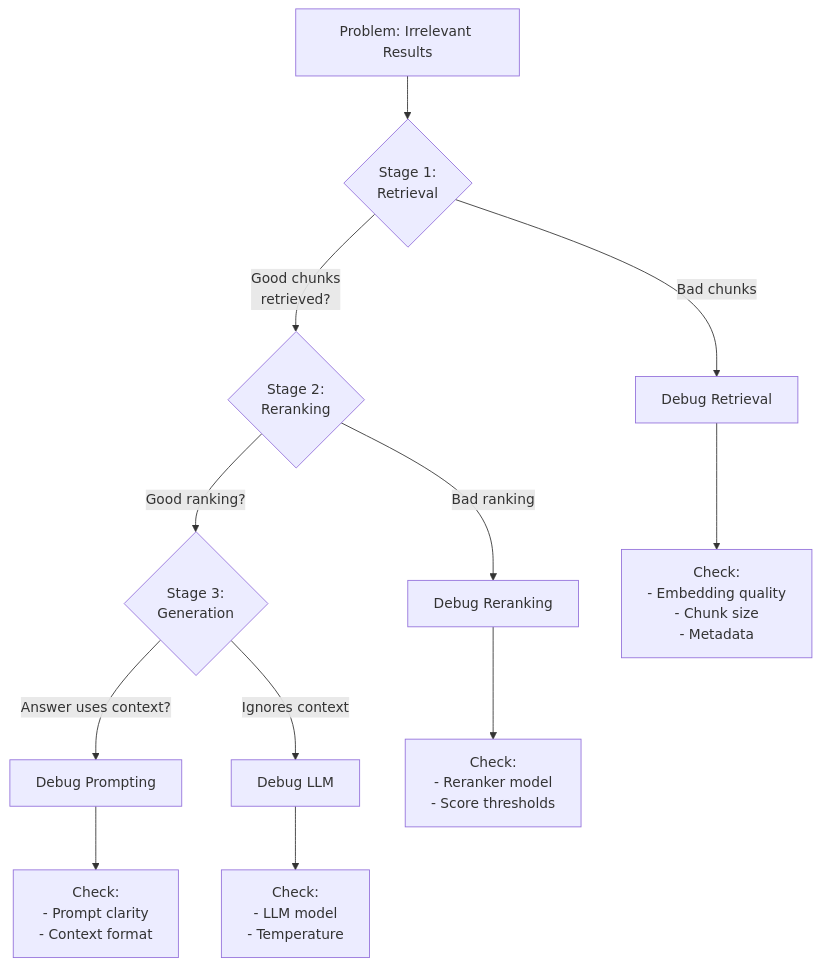
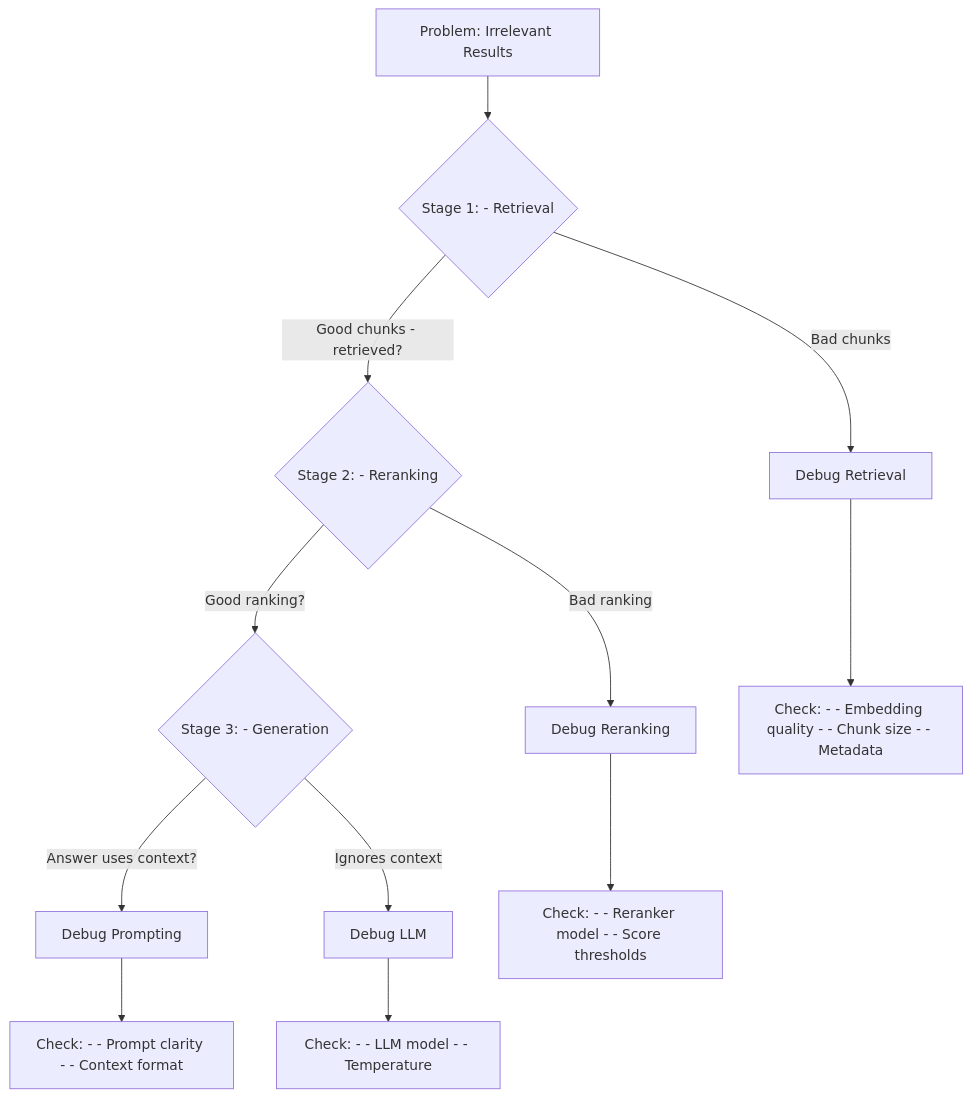
Before and after one commit to indhra/llm_rag_sec_findings: the third of 3 diagrams in docs/learning/10-interview-prep.md, drawn with Mermaid. The commit also changed other lines of this file and 9 other files, not shown here.

````diff
--- a/docs/learning/10-interview-prep.md
+++ b/docs/learning/10-interview-prep.md
@@ -512,18 +512,18 @@
 ```mermaid
 graph TD
-    P[Problem: Irrelevant Results] --> S1{Stage 1:<br/>Retrieval}
+    P[Problem: Irrelevant Results] --> S1{Stage 1: - Retrieval}
     
-    S1 -->|Good chunks<br/>retrieved?| S2{Stage 2:<br/>Reranking}
+    S1 -->|Good chunks - retrieved?| S2{Stage 2: - Reranking}
     S1 -->|Bad chunks| D1[Debug Retrieval]
     
-    S2 -->|Good ranking?| S3{Stage 3:<br/>Generation}
+    S2 -->|Good ranking?| S3{Stage 3: - Generation}
     S2 -->|Bad ranking| D2[Debug Reranking]
     
     S3 -->|Answer uses context?| D3[Debug Prompting]
     S3 -->|Ignores context| D4[Debug LLM]
     
-    D1 --> F1[Check:<br/>- Embedding quality<br/>- Chunk size<br/>- Metadata]
-    D2 --> F2[Check:<br/>- Reranker model<br/>- Score thresholds]
-    D3 --> F3[Check:<br/>- Prompt clarity<br/>- Context format]
-    D4 --> F4[Check:<br/>- LLM model<br/>- Temperature]
+    D1 --> F1[Check: - - Embedding quality - - Chunk size - - Metadata]
+    D2 --> F2[Check: - - Reranker model - - Score thresholds]
+    D3 --> F3[Check: - - Prompt clarity - - Context format]
+    D4 --> F4[Check: - - LLM model - - Temperature]
 ```
````
